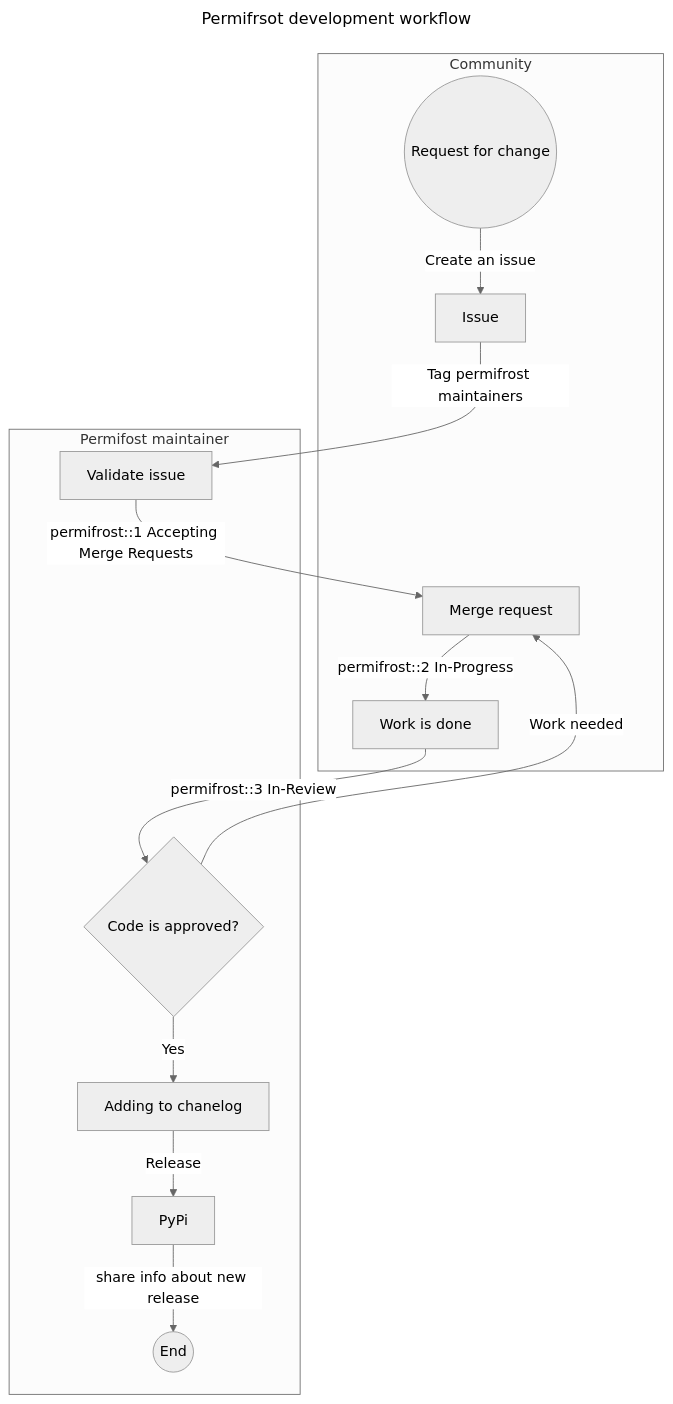
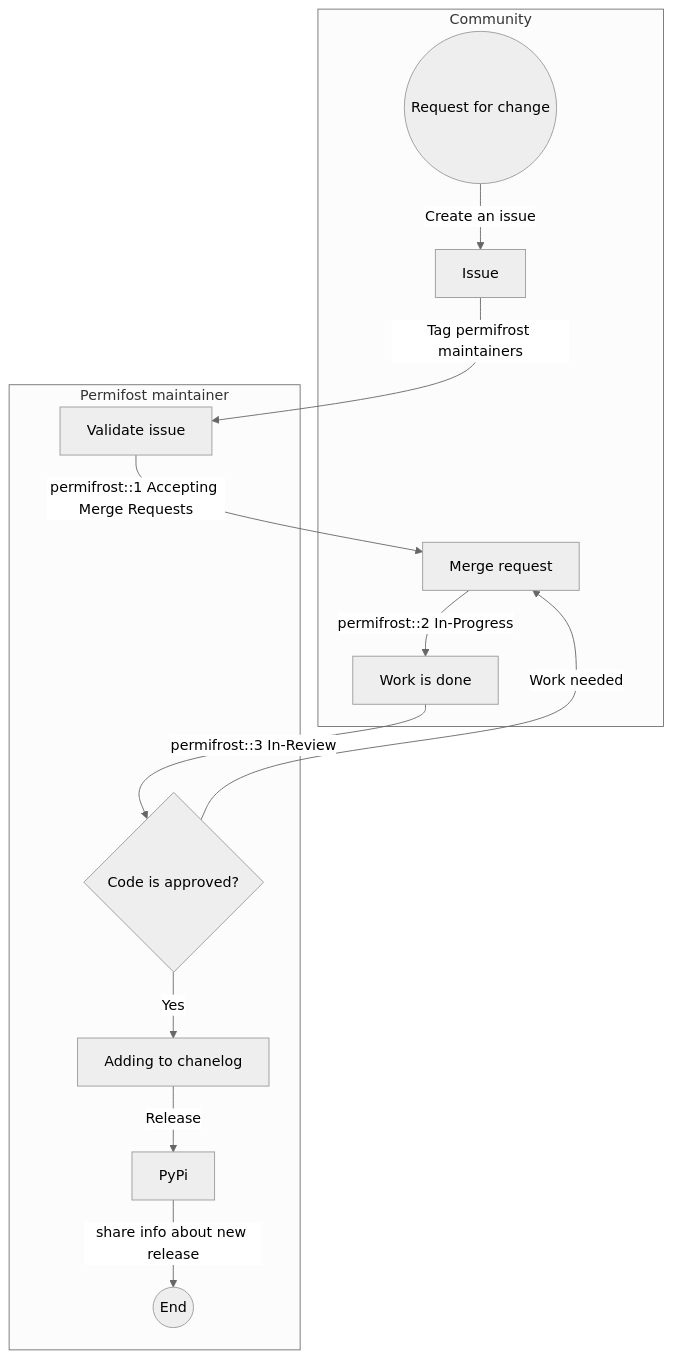
Before and after one commit to moliver28/research-handbook: the diagram in content/handbook/business-technology/data-team/platform/permifrost.md, drawn with Mermaid (neutral theme).

````diff
--- a/content/handbook/business-technology/data-team/platform/permifrost.md
+++ b/content/handbook/business-technology/data-team/platform/permifrost.md
@@ -86,27 +86,24 @@
 ```mermaid
----
-title: Permifrsot development workflow
----
-flowchart TD
+graph TD
 
     ISSUE--Tag permifrost maintainers--> VAL
     VAL--permifrost::1 Accepting Merge Requests-->MR
     MR--permifrost::2 In-Progress--> MRD
     MRD--permifrost::3 In-Review-->APR
     APR--Yes-->APR_YES[Adding to chanelog]
     APR--Work needed-->MR
     END((End))
     subgraph Community
         RFC((Request for change))
         RFC--Create an issue-->ISSUE[Issue]
         MR[Merge request]
         MRD[Work is done]
     end  
     subgraph Permifost maintainer
         VAL[Validate issue]
         APR{Code is approved?}
         APR_YES--Release-->PyPi[PyPi]
         PyPi--share info about new release-->END
     end
     
 ```
````
